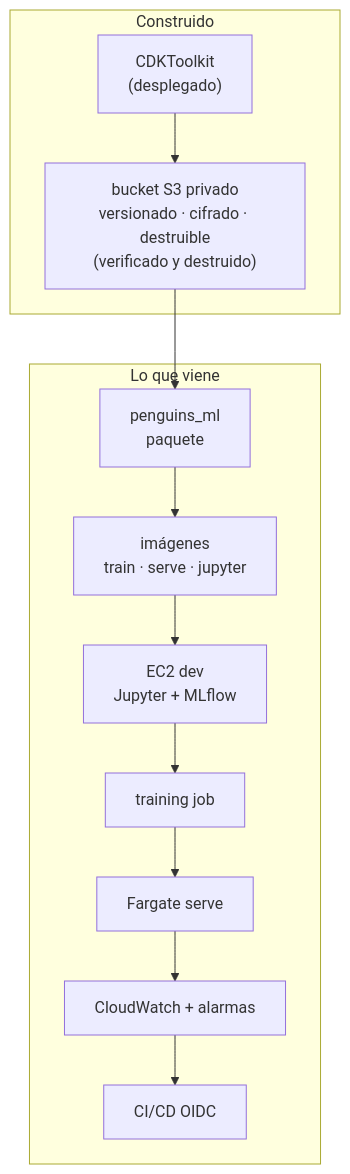
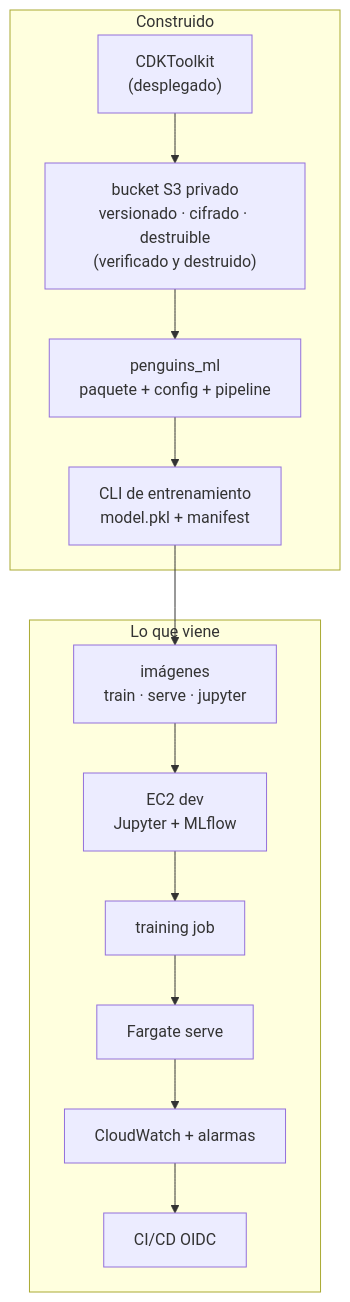
Before and after one commit to JairRamosG/Pinguinos-AWS: the seventh of 7 diagrams in docs/how-it-works.md, drawn with Mermaid. The commit also changed other lines of this file, not shown here.

````diff
--- a/docs/how-it-works.md
+++ b/docs/how-it-works.md
@@ -239,17 +334,18 @@
 ```mermaid
 flowchart TB
     subgraph HOY["Construido"]
         BOOT["CDKToolkit<br/>(desplegado)"]
         S3["bucket S3 privado<br/>versionado · cifrado · destruible<br/>(verificado y destruido)"]
+        PKG["penguins_ml<br/>paquete + config + pipeline"]
+        TRN["CLI de entrenamiento<br/>model.pkl + manifest"]
     end
     subgraph DESPUES["Lo que viene"]
-        PKG["penguins_ml<br/>paquete"]
         IMG["imágenes<br/>train · serve · jupyter"]
         EC2["EC2 dev<br/>Jupyter + MLflow"]
         JOB["training job"]
         SRV["Fargate serve"]
         OBS["CloudWatch + alarmas"]
         CI["CI/CD OIDC"]
     end
-    BOOT --> S3 --> PKG --> IMG --> EC2 --> JOB --> SRV --> OBS --> CI
+    BOOT --> S3 --> PKG --> TRN --> IMG --> EC2 --> JOB --> SRV --> OBS --> CI
 ```
````
